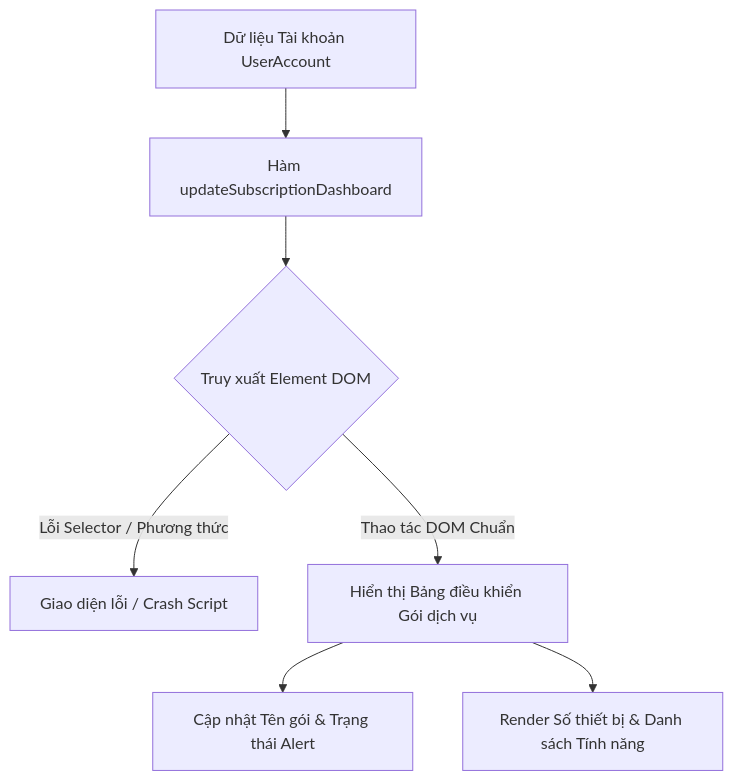
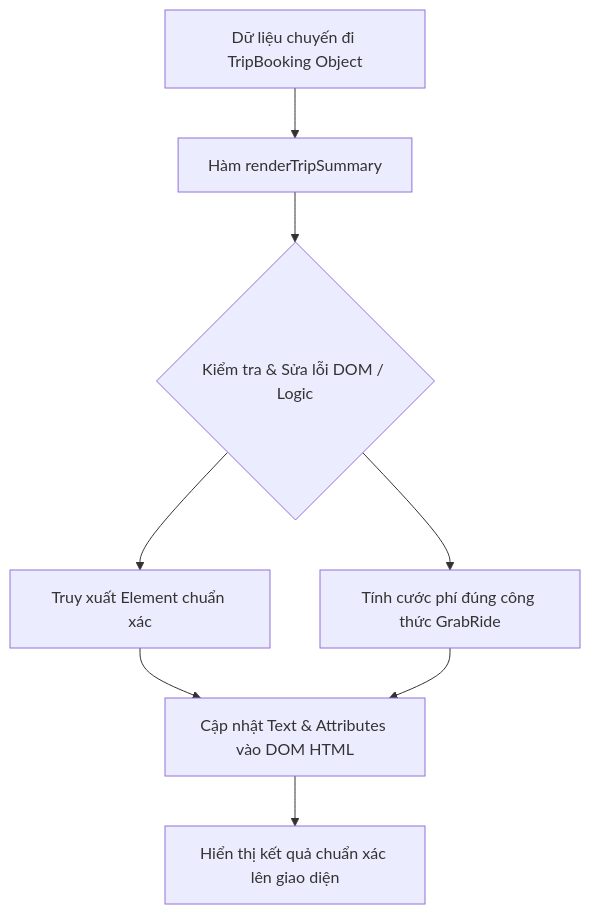
The diagram in output/pms/Phát_triển_ứng_dụng_web/Session 17 - Tương tác DOM API (Document Object Model)- Truy xuất và Thay đổi Nội dung/Bài tập/bai_tap_1.md (ngoquy12/learning_material), drawn with Mermaid before and after one commit. The commit also changed other lines of this file and 152 other files, not shown here.

Commit message:
feat(domain): implement Session Domain Anchor Architecture for 100% unified domain consistency across all session resources

````diff
--- a/output/pms/Phát_triển_ứng_dụng_web/Session 17 - Tương tác DOM API (Document Object Model)- Truy xuất và Thay đổi Nội dung/Bài tập/bai_tap_1.md
+++ b/output/pms/Phát_triển_ứng_dụng_web/Session 17 - Tương tác DOM API (Document Object Model)- Truy xuất và Thay đổi Nội dung/Bài tập/bai_tap_1.md
@@ -19,9 +18,10 @@
 ```mermaid
-flowchart TD
-    A[Dữ liệu Tài khoản UserAccount] --> B[Hàm updateSubscriptionDashboard]
-    B --> C{Truy xuất Element DOM}
-    C -->|Lỗi Selector / Phương thức| D[Giao diện lỗi / Crash Script]
-    C -->|Thao tác DOM Chuẩn| E[Hiển thị Bảng điều khiển Gói dịch vụ]
-    E --> F[Cập nhật Tên gói & Trạng thái Alert]
-    E --> G[Render Số thiết bị & Danh sách Tính năng]
+graph TD
+    A[Dữ liệu chuyến đi TripBooking Object] --> B[Hàm renderTripSummary]
+    B --> C{Kiểm tra & Sửa lỗi DOM / Logic}
+    C --> D[Truy xuất Element chuẩn xác]
+    C --> E[Tính cước phí đúng công thức GrabRide]
+    D --> F[Cập nhật Text & Attributes vào DOM HTML]
+    E --> F
+    F --> G[Hiển thị kết quả chuẩn xác lên giao diện]
 ```
````
